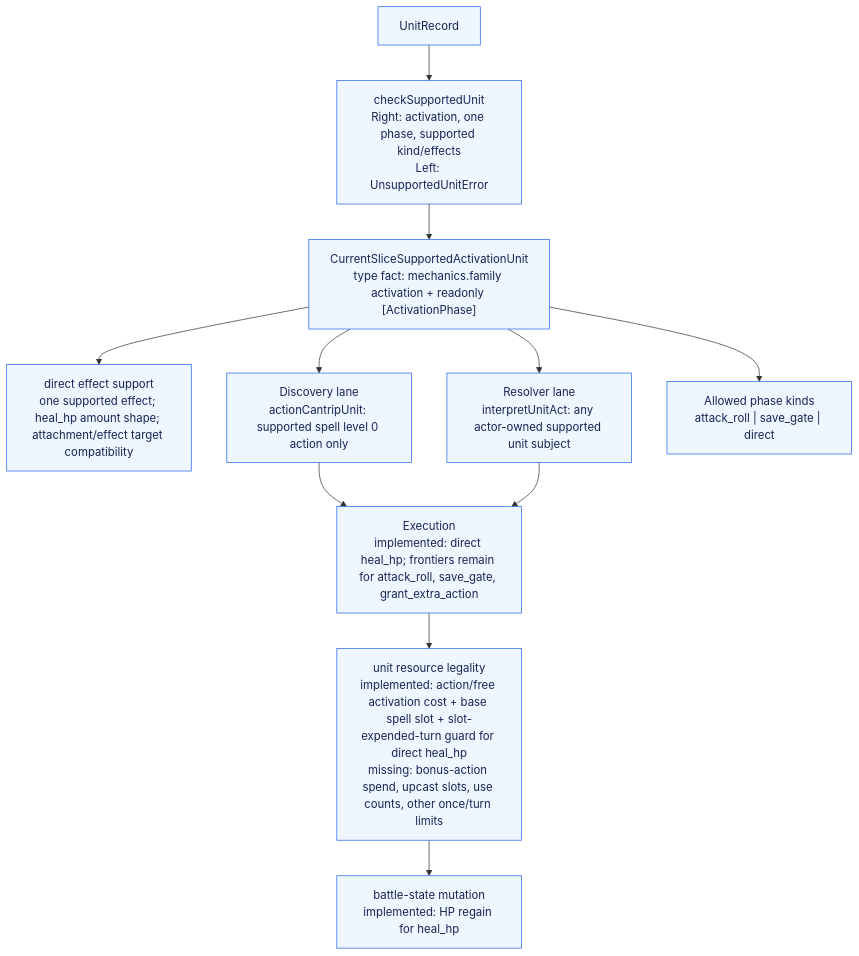
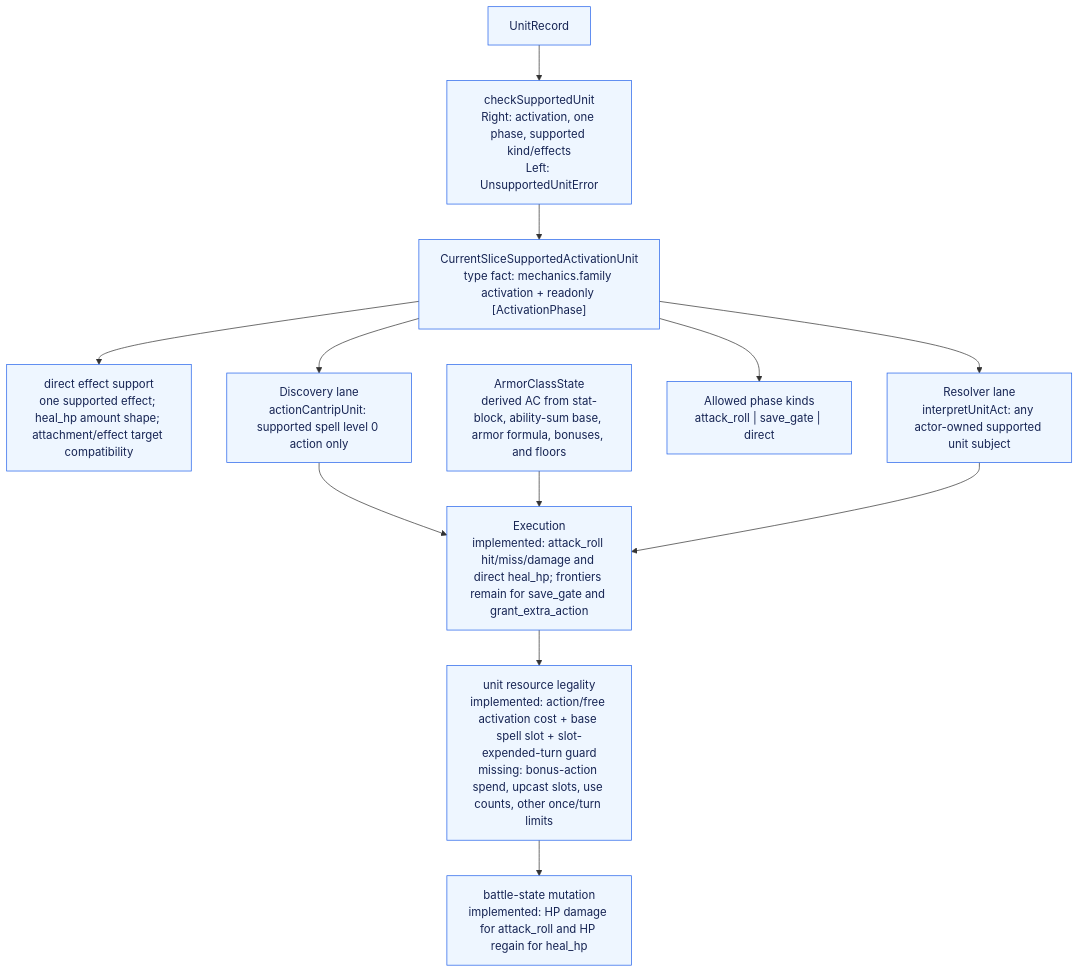
One commit to dearlordylord/5e-quint changed the sixth of 7 diagrams in packages/surface-runtime-correction/ARCHITECTURE_GRAPH.md. Above: the diagram before and after it, drawn with Mermaid. The commit also changed other lines of this file and 11 other files, not shown here.

Commit message:
Tighten surface attack damage resolution

````diff
--- a/packages/surface-runtime-correction/ARCHITECTURE_GRAPH.md
+++ b/packages/surface-runtime-correction/ARCHITECTURE_GRAPH.md
@@ -240,25 +265,27 @@
 ```mermaid
 flowchart TD
   UnitRecord["UnitRecord"]
   Support["checkSupportedUnit<br/>Right: activation, one phase, supported kind/effects<br/>Left: UnsupportedUnitError"]
   Supported["CurrentSliceSupportedActivationUnit<br/>type fact: mechanics.family activation + readonly [ActivationPhase]"]
   DirectSupport["direct effect support<br/>one supported effect; heal_hp amount shape; attachment/effect target compatibility"]
   DiscoveryLane["Discovery lane<br/>actionCantripUnit: supported spell level 0 action only"]
   ResolverLane["Resolver lane<br/>interpretUnitAct: any actor-owned supported unit subject"]
   PhaseKinds["Allowed phase kinds<br/>attack_roll | save_gate | direct"]
-  Execution["Execution<br/>implemented: direct heal_hp; frontiers remain for attack_roll, save_gate, grant_extra_action"]
-  ResourceLegality["unit resource legality<br/>implemented: action/free activation cost + base spell slot + slot-expended-turn guard for direct heal_hp<br/>missing: bonus-action spend, upcast slots, use counts, other once/turn limits"]
-  StateMutation["battle-state mutation<br/>implemented: HP regain for heal_hp"]
+  ArmorClassState["ArmorClassState<br/>derived AC from stat-block, ability-sum base, armor formula, bonuses, and floors"]
+  Execution["Execution<br/>implemented: attack_roll hit/miss/damage and direct heal_hp; frontiers remain for save_gate and grant_extra_action"]
+  ResourceLegality["unit resource legality<br/>implemented: action/free activation cost + base spell slot + slot-expended-turn guard<br/>missing: bonus-action spend, upcast slots, use counts, other once/turn limits"]
+  StateMutation["battle-state mutation<br/>implemented: HP damage for attack_roll and HP regain for heal_hp"]
 
   UnitRecord --> Support --> Supported
   Supported --> PhaseKinds
   Supported --> DirectSupport
   Supported --> DiscoveryLane
   Supported --> ResolverLane
   DiscoveryLane --> Execution --> ResourceLegality --> StateMutation
+  ArmorClassState --> Execution
   ResolverLane --> Execution
 
   classDef missing fill:#fff1f0,stroke:#c2410c,stroke-width:2px,stroke-dasharray: 6 4,color:#7c2d12;
   classDef implemented fill:#eef6ff,stroke:#2563eb,color:#172554;
-  class UnitRecord,Support,Supported,DirectSupport,DiscoveryLane,ResolverLane,PhaseKinds,Execution,ResourceLegality,StateMutation implemented;
+  class UnitRecord,Support,Supported,DirectSupport,DiscoveryLane,ResolverLane,PhaseKinds,ArmorClassState,Execution,ResourceLegality,StateMutation implemented;
 ```
````
